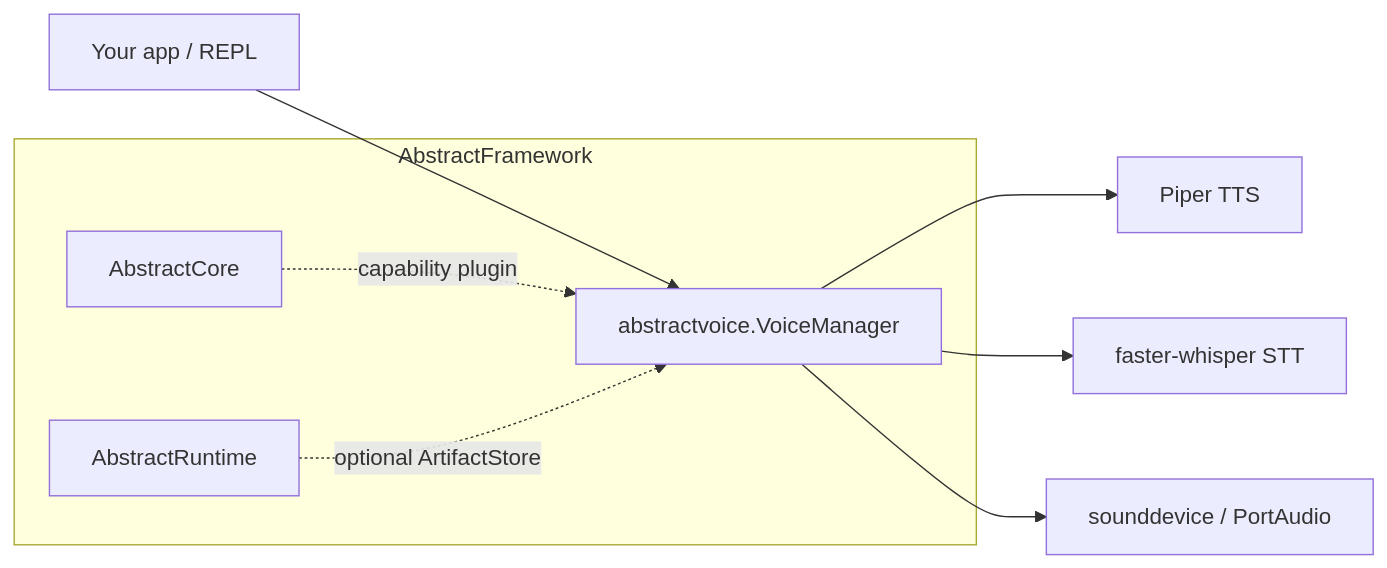
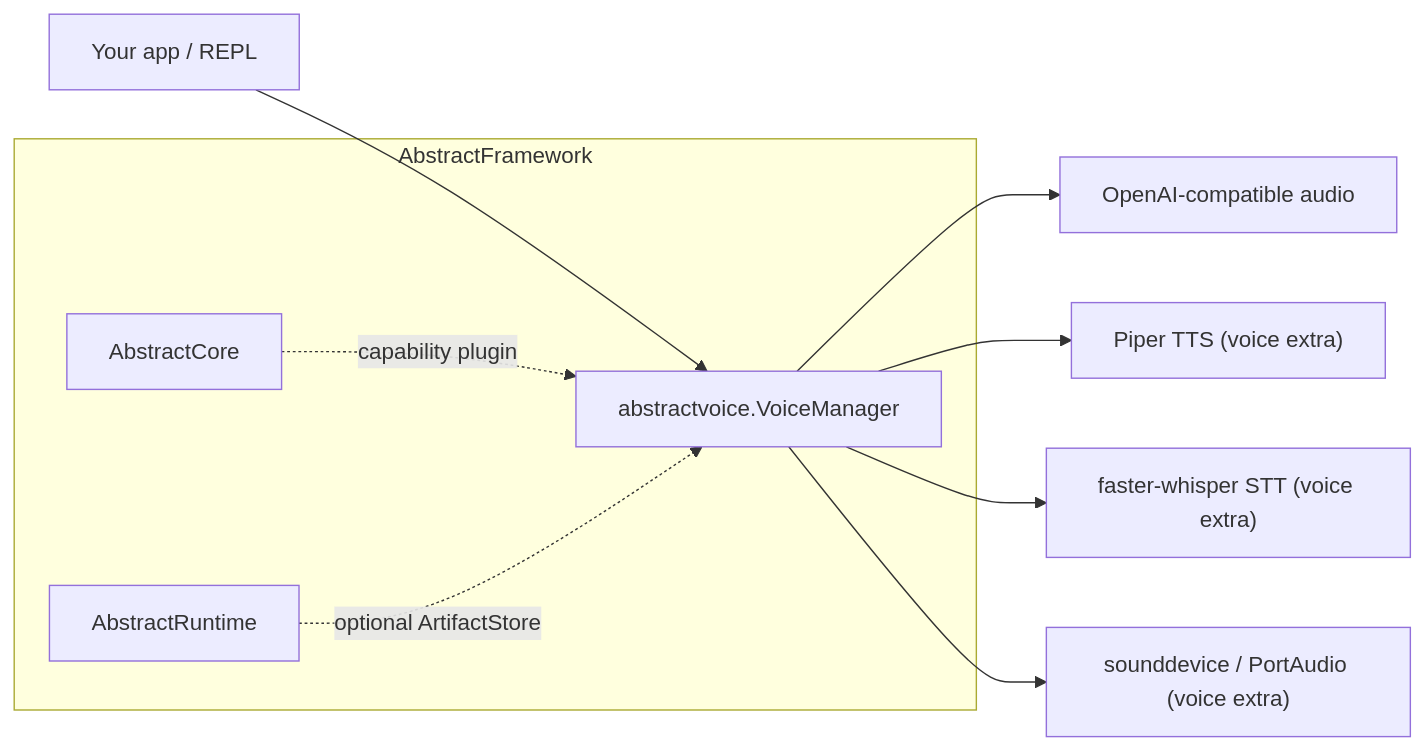
The diagram in README.md (lpalbou/AbstractVoice), drawn with Mermaid before and after one commit. The commit also changed other lines of this file and 21 other files, not shown here.

````diff
--- a/README.md
+++ b/README.md
@@ -66,12 +68,13 @@
 ```mermaid
 flowchart LR
   App["Your app / REPL"] --> VM["abstractvoice.VoiceManager"]
-  VM --> TTS["Piper TTS"]
-  VM --> STT["faster-whisper STT"]
-  VM --> IO["sounddevice / PortAudio"]
+  VM --> Remote["OpenAI-compatible audio"]
+  VM --> TTS["Piper TTS (voice extra)"]
+  VM --> STT["faster-whisper STT (voice extra)"]
+  VM --> IO["sounddevice / PortAudio (voice extra)"]
 
   subgraph AbstractFramework
     AC["AbstractCore"] -. "capability plugin" .-> VM
     AR["AbstractRuntime"] -. "optional ArtifactStore" .-> VM
   end
 ```
````
